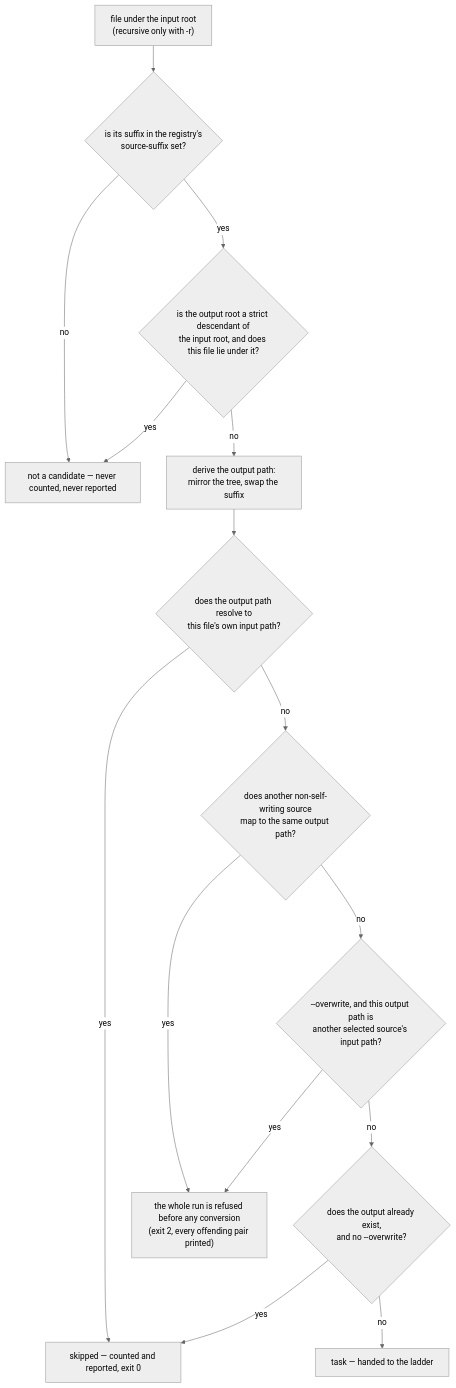
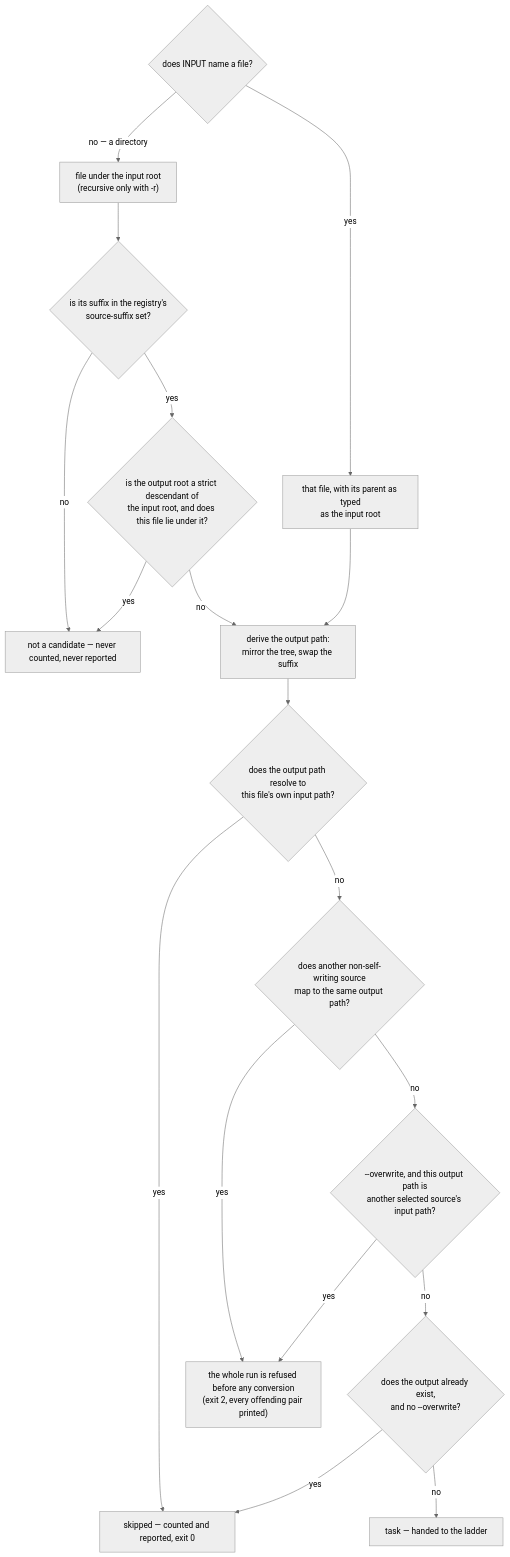
One commit to bhemsen/converter changed the diagram in docs/design/source-selection.md. Above: the diagram before and after it, drawn with Mermaid (neutral theme). The commit also changed other lines of this file and 4 other files, not shown here.

First line of the commit message:
docs(spec): single-file INPUT (roadmap phase 10) (#125)

````diff
--- a/docs/design/source-selection.md
+++ b/docs/design/source-selection.md
@@ -18,30 +18,35 @@
 ```mermaid
 flowchart TD
+    IN{"does INPUT name a file?"}
+    ONE["that file, with its parent as typed<br/>as the input root"]
     F["file under the input root<br/>(recursive only with -r)"]
     MEDIA{"is its suffix in the registry's<br/>source-suffix set?"}
     OWN{"is the output root a strict descendant of<br/>the input root, and does this file lie under it?"}
     OUT["derive the output path:<br/>mirror the tree, swap the suffix"]
     SELF{"does the output path resolve to<br/>this file's own input path?"}
     COLL{"does another non-self-writing source<br/>map to the same output path?"}
     HAZ{"--overwrite, and this output path is<br/>another selected source's input path?"}
     EXISTS{"does the output already exist,<br/>and no --overwrite?"}
     TASK["task — handed to the ladder"]
     SKIP["skipped — counted and reported, exit 0"]
     NOTCAND["not a candidate — never counted, never reported"]
     REFUSE["the whole run is refused before any conversion<br/>(exit 2, every offending pair printed)"]
 
+    IN -->|"no — a directory"| F
+    IN -->|"yes"| ONE
+    ONE --> OUT
     F --> MEDIA
     MEDIA -->|"no"| NOTCAND
     MEDIA -->|"yes"| OWN
     OWN -->|"yes"| NOTCAND
     OWN -->|"no"| OUT
     OUT --> SELF
     SELF -->|"yes"| SKIP
     SELF -->|"no"| COLL
     COLL -->|"yes"| REFUSE
     COLL -->|"no"| HAZ
     HAZ -->|"yes"| REFUSE
     HAZ -->|"no"| EXISTS
     EXISTS -->|"yes"| SKIP
     EXISTS -->|"no"| TASK
 ```
````
